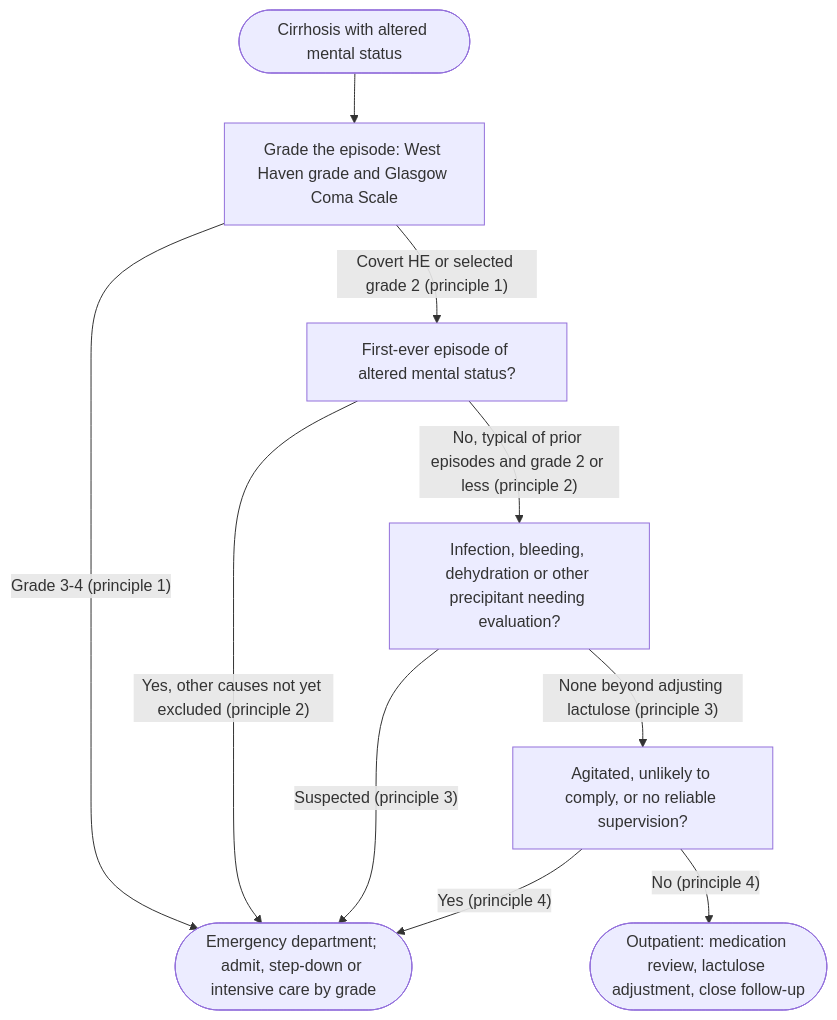
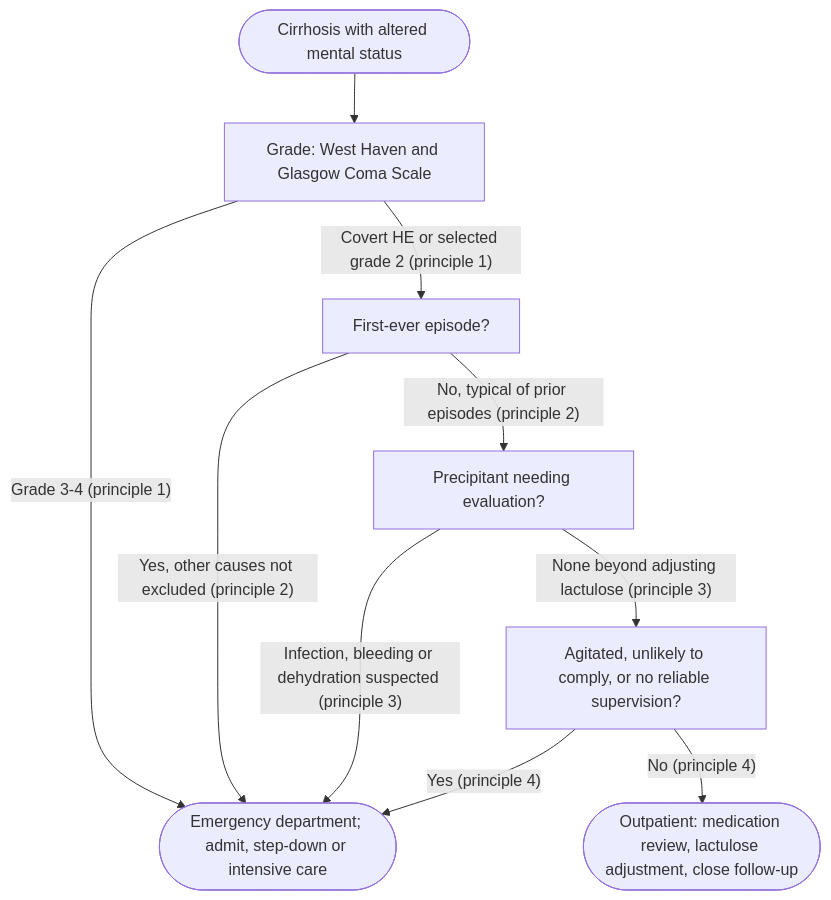
One commit to KHNickLeMD/KHNL-GI-Wiki changed the diagram in KHNL-GI-Wiki/wiki/1-disease-scripts/hepatology-diseases/hepatic-encephalopathy.md. Above: the diagram before and after it, drawn with Mermaid. The commit also changed other lines of this file and 5 other files, not shown here.

````diff
--- a/KHNL-GI-Wiki/wiki/1-disease-scripts/hepatology-diseases/hepatic-encephalopathy.md
+++ b/KHNL-GI-Wiki/wiki/1-disease-scripts/hepatology-diseases/hepatic-encephalopathy.md
@@ -185,15 +173,15 @@
 ```mermaid
 flowchart TD
-    A(["Cirrhosis with altered mental status"]) --> B["Grade the episode: West Haven grade and Glasgow Coma Scale"]
-    B -- "Grade 3-4 (principle 1)" --> C(["Emergency department; admit, step-down or intensive care by grade"])
-    B -- "Covert HE or selected grade 2 (principle 1)" --> D["First-ever episode of altered mental status?"]
-    D -- "Yes, other causes not yet excluded (principle 2)" --> C
-    D -- "No, typical of prior episodes and grade 2 or less (principle 2)" --> E["Infection, bleeding, dehydration or other precipitant needing evaluation?"]
-    E -- "Suspected (principle 3)" --> C
+    A(["Cirrhosis with altered mental status"]) --> B["Grade: West Haven and Glasgow Coma Scale"]
+    B -- "Grade 3-4 (principle 1)" --> C(["Emergency department; admit, step-down or intensive care"])
+    B -- "Covert HE or selected grade 2 (principle 1)" --> D["First-ever episode?"]
+    D -- "Yes, other causes not excluded (principle 2)" --> C
+    D -- "No, typical of prior episodes (principle 2)" --> E["Precipitant needing evaluation?"]
+    E -- "Infection, bleeding or dehydration suspected (principle 3)" --> C
     E -- "None beyond adjusting lactulose (principle 3)" --> F["Agitated, unlikely to comply, or no reliable supervision?"]
     F -- "Yes (principle 4)" --> C
     F -- "No (principle 4)" --> G(["Outpatient: medication review, lactulose adjustment, close follow-up"])
     class A start
     class B,D,E,F test
     class C,G act
 ```
````
